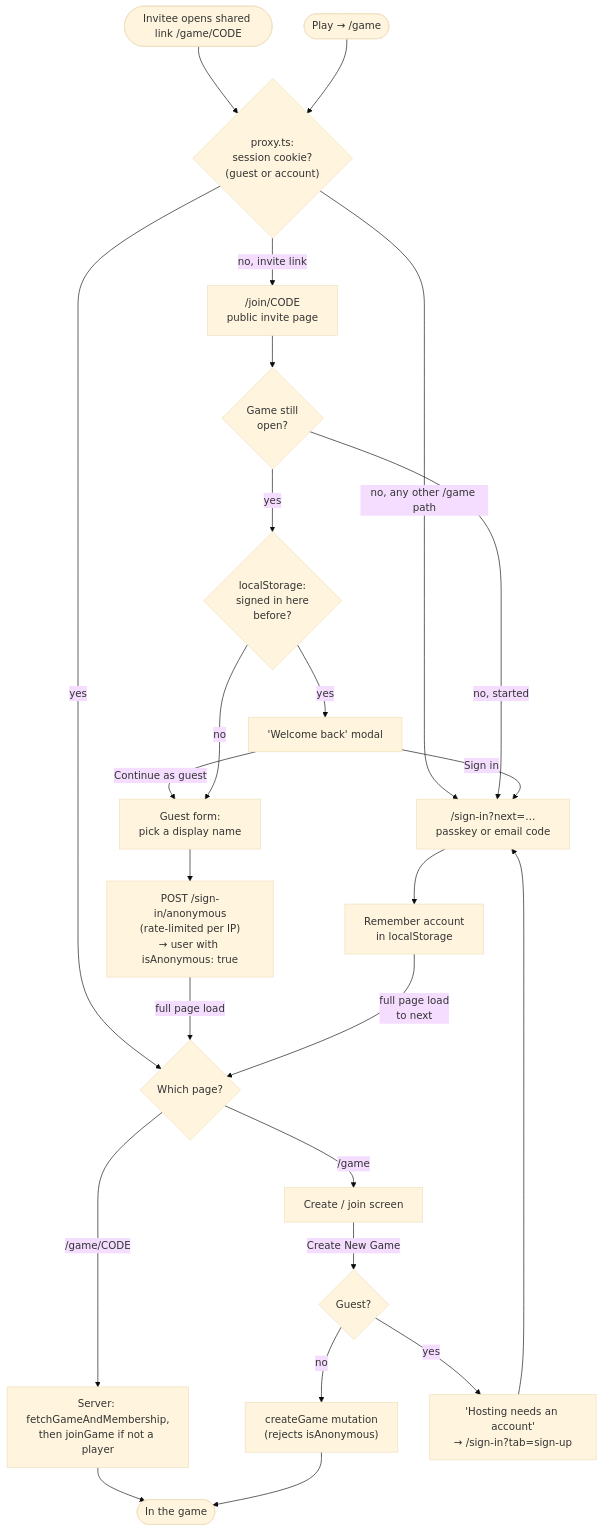
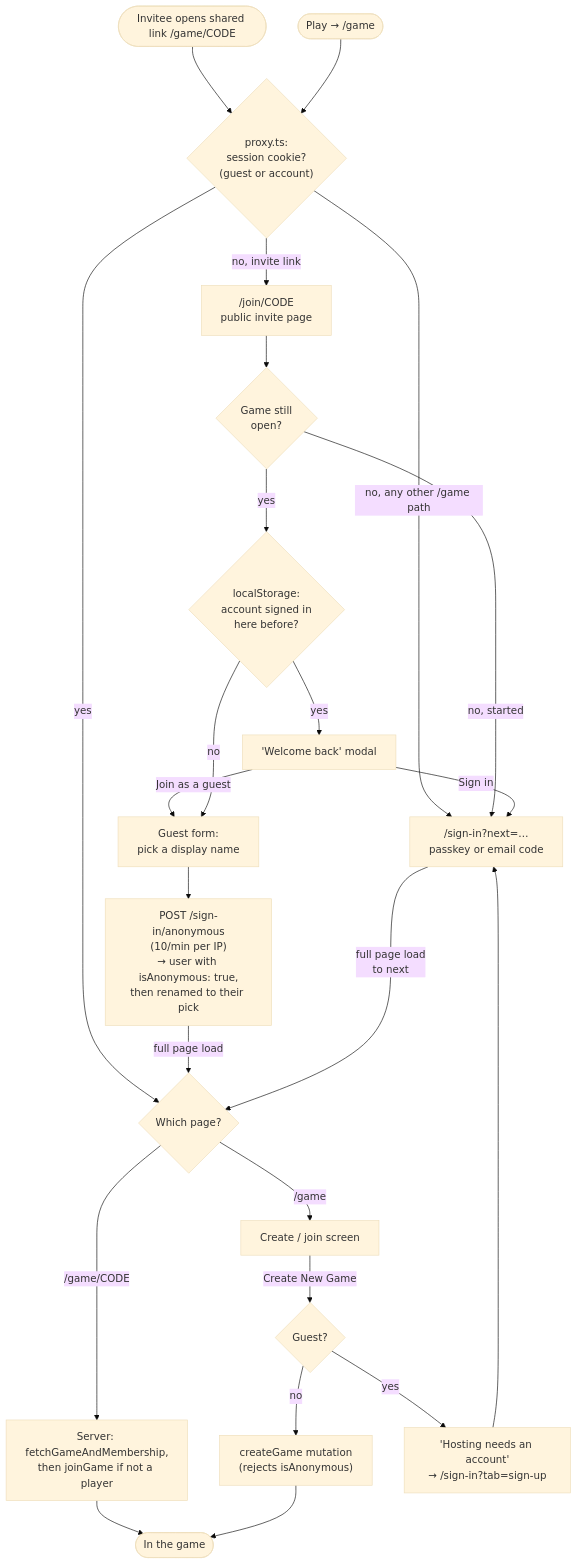
Before and after one commit to g30r93g/ID-Game: the first of 2 diagrams in README.md, drawn with Mermaid (base theme). The commit also changed other lines of this file and 24 other files, not shown here.

````diff
--- a/README.md
+++ b/README.md
@@ -82,32 +54,31 @@
 ```mermaid
 flowchart TD
     link(["Invitee opens shared link /game/CODE"]) --> proxy{"proxy.ts:<br/>session cookie?<br/>(guest or account)"}
     play(["Play → /game"]) --> proxy
 
     proxy -- "no, invite link" --> invite["/join/CODE<br/>public invite page"]
     proxy -- "no, any other /game path" --> signin
     proxy -- yes --> gamePage
 
     invite --> open{"Game still<br/>open?"}
     open -- "no, started" --> signin
-    open -- yes --> remembered{"localStorage:<br/>signed in here<br/>before?"}
+    open -- yes --> remembered{"localStorage:<br/>account signed in<br/>here before?"}
     remembered -- yes --> modal["'Welcome back' modal"]
     modal -- "Sign in" --> signin
-    modal -- "Continue as guest" --> guestForm
+    modal -- "Join as a guest" --> guestForm
     remembered -- no --> guestForm["Guest form:<br/>pick a display name"]
-    guestForm --> anon["POST /sign-in/anonymous<br/>(rate-limited per IP)<br/>→ user with isAnonymous: true"]
+    guestForm --> anon["POST /sign-in/anonymous<br/>(10/min per IP)<br/>→ user with isAnonymous: true,<br/>then renamed to their pick"]
     anon -- "full page load" --> gamePage
 
-    signin["/sign-in?next=…<br/>passkey or email code"] --> remember["Remember account<br/>in localStorage"]
-    remember -- "full page load<br/>to next" --> gamePage
+    signin["/sign-in?next=…<br/>passkey or email code"] -- "full page load<br/>to next" --> gamePage
 
     gamePage{"Which page?"}
     gamePage -- "/game/CODE" --> join["Server: fetchGameAndMembership,<br/>then joinGame if not a player"]
     gamePage -- "/game" --> lobby["Create / join screen"]
     lobby -- "Create New Game" --> isGuest{"Guest?"}
     isGuest -- no --> create["createGame mutation<br/>(rejects isAnonymous)"]
     isGuest -- yes --> upsell["'Hosting needs an account'<br/>→ /sign-in?tab=sign-up"]
     upsell --> signin
     join --> game(["In the game"])
     create --> game
 ```
````
